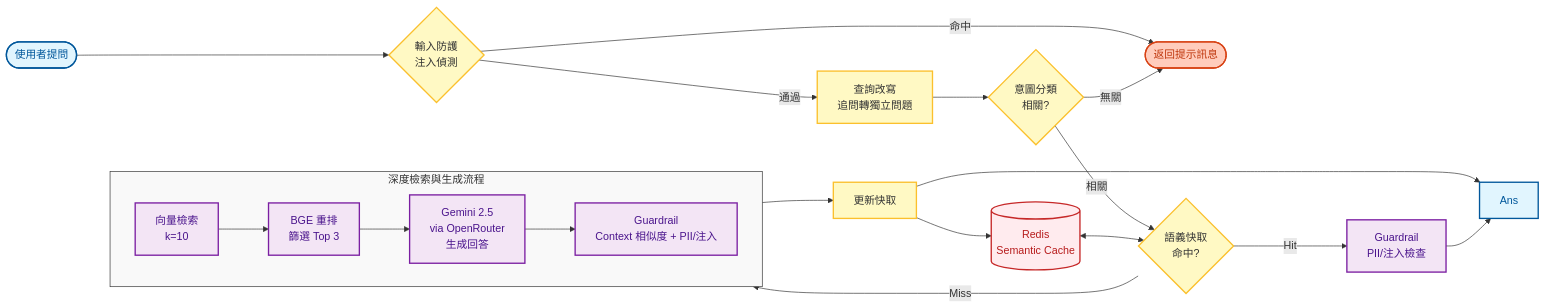
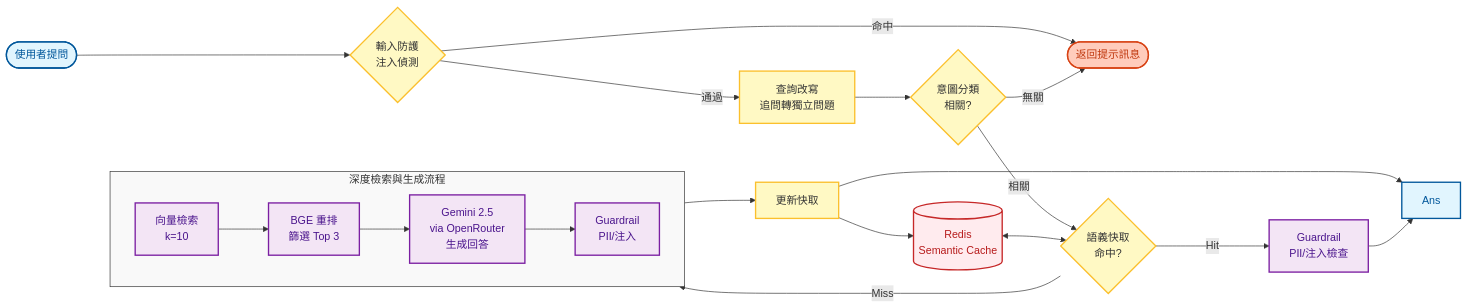
Before and after one commit to albertkingdom/rag-chatbot-demo: the second of 4 diagrams in architecture.md, drawn with Mermaid. The commit also changed other lines of this file and 1 other file, not shown here.

First line of the commit message:
docs: remove Context Similarity check from documentation

````diff
--- a/architecture.md
+++ b/architecture.md
@@ -76,47 +75,47 @@
 ```mermaid
 flowchart LR
     %% 方向與元件定義
     Q([使用者提問]) --> InputGuard{輸入防護<br/>注入偵測}
 
     InputGuard -- 命中 --> Reject([返回提示訊息])
     InputGuard -- 通過 --> Rewrite[查詢改寫<br/>追問轉獨立問題]
 
     Rewrite --> Intent{意圖分類<br/>相關?}
 
     Intent -- 無關 --> Reject
     Intent -- 相關 --> Cache{語義快取<br/>命中?}
 
     Redis[(Redis<br/>Semantic Cache)] <--> Cache
 
     subgraph RAG ["深度檢索與生成流程"]
         direction LR
         Search[向量檢索<br/>k=10] --> Rerank[BGE 重排<br/>篩選 Top 3]
         Rerank --> Gen[Gemini 2.5<br/>via OpenRouter<br/>生成回答]
-        Gen --> GuardDeep[Guardrail<br/>Context 相似度 + PII/注入]
+        Gen --> GuardDeep[Guardrail<br/>PII/注入]
     end
 
     Cache -- Miss --> Search
     Cache -- Hit ----> GuardCache[Guardrail<br/>PII/注入檢查]
 
     %% 回寫快取路徑
     GuardDeep --> Store[更新快取]
     Store --> Redis
     Store --> Ans
     GuardCache --> Ans
 
     %% 樣式美化 (增強對比度以利簡報呈現)
     classDef input fill:#e1f5fe,stroke:#01579b,stroke-width:2px,color:#01579b
     classDef logic fill:#fff9c4,stroke:#fbc02d,stroke-width:2px,color:#333
     classDef core fill:#f3e5f5,stroke:#7b1fa2,stroke-width:2px,color:#4a148c
     classDef storage fill:#ffebee,stroke:#c62828,stroke-width:2px,color:#b71c1c
     classDef reject fill:#ffccbc,stroke:#d84315,stroke-width:2px,color:#bf360c
 
     class Q,Ans input
     class InputGuard,Rewrite,Intent,Cache,Store logic
     class Search,Rerank,Gen,GuardDeep,GuardCache core
     class Redis storage
     class Reject reject
 
     %% 子圖樣式
     style RAG fill:#f9f9f9,stroke:#333,stroke-width:1px,color:#333
 ```
````
